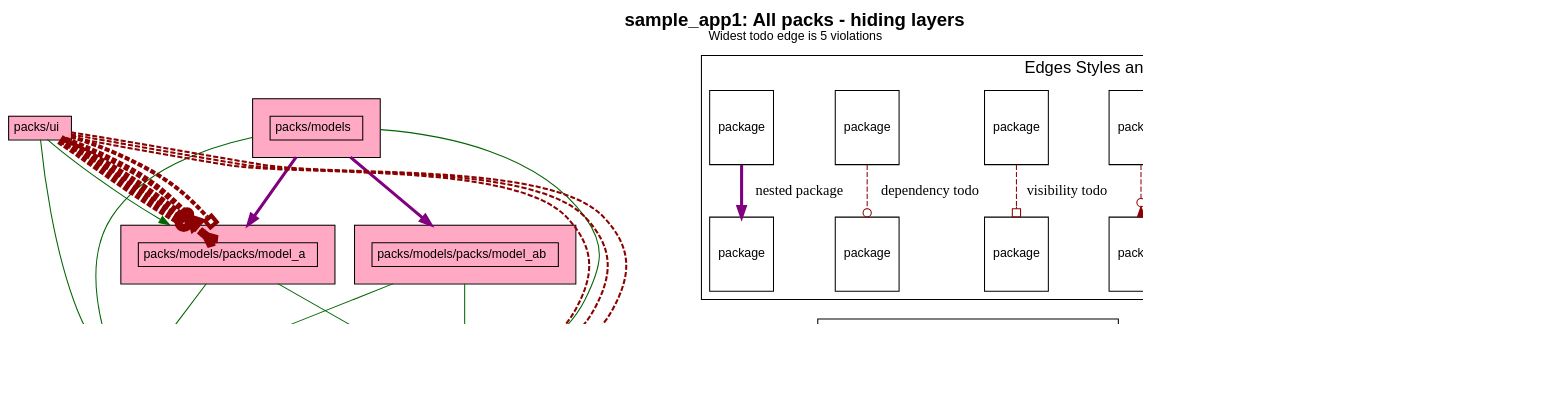
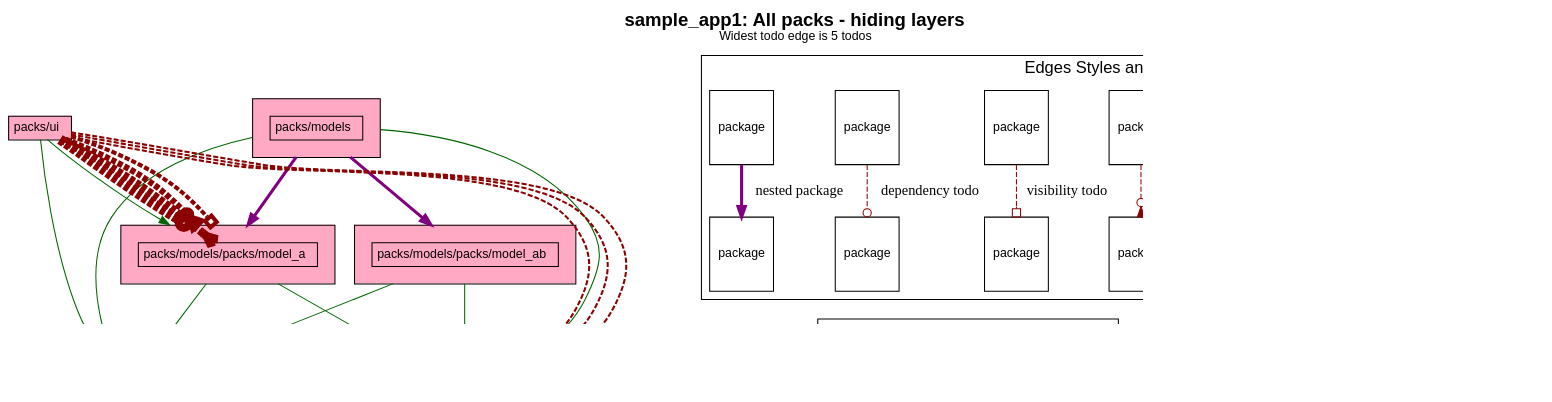
Before and after one commit to rubyatscale/visualize_packs: the diagram in spec/sample_app1/test_output/no_layers.dot, drawn with Graphviz. The commit also changed 16 other files, not shown here.

First line of the commit message:
Cleanup usage of todos vs violations (#34)

```diff
--- a/spec/sample_app1/test_output/no_layers.dot
+++ b/spec/sample_app1/test_output/no_layers.dot
@@ -5,7 +5,7 @@
     fontname="Helvetica,Arial,sans-serif"
     dpi=100
     layout=dot
-    label=<<b>sample_app1: All packs - hiding layers</b><br/><font point-size='12'>Widest todo edge is 5 violations</font>>
+    label=<<b>sample_app1: All packs - hiding layers</b><br/><font point-size='12'>Widest todo edge is 5 todos</font>>
     fontsize=18
   ]
   node [
```
